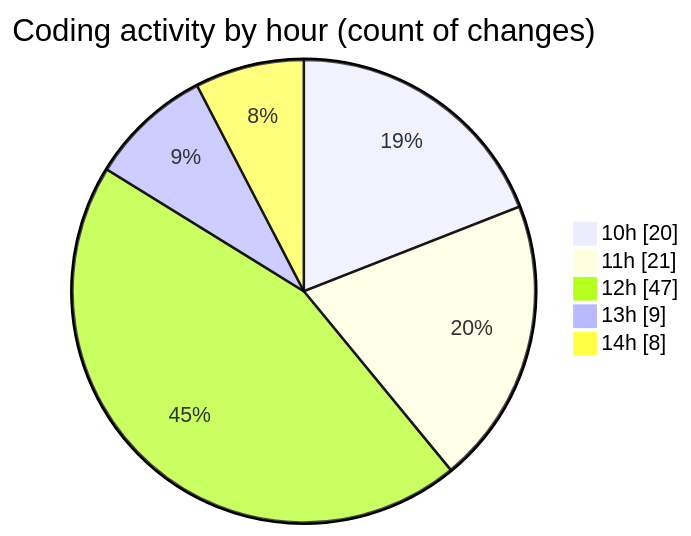
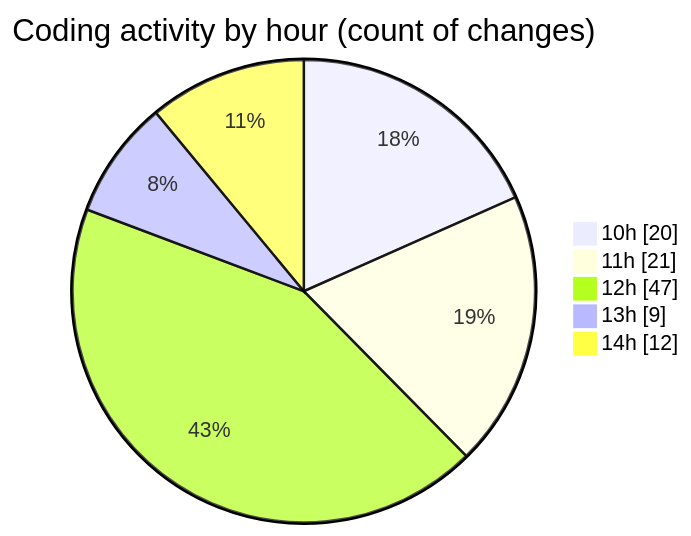
One commit to momahboobian/code-tracking changed the second of 2 diagrams in 2025-05-20/cda/README.md. Above: the diagram before and after it, drawn with Mermaid. The commit also changed other lines of this file and 1 other file, not shown here.

````diff
--- a/2025-05-20/cda/README.md
+++ b/2025-05-20/cda/README.md
@@ -47,9 +47,9 @@
 ```mermaid
 pie showData
 title Coding activity by hour (count of changes)
 "10h" : 20
 "11h" : 21
 "12h" : 47
 "13h" : 9
-"14h" : 8
+"14h" : 12
 ```
````
